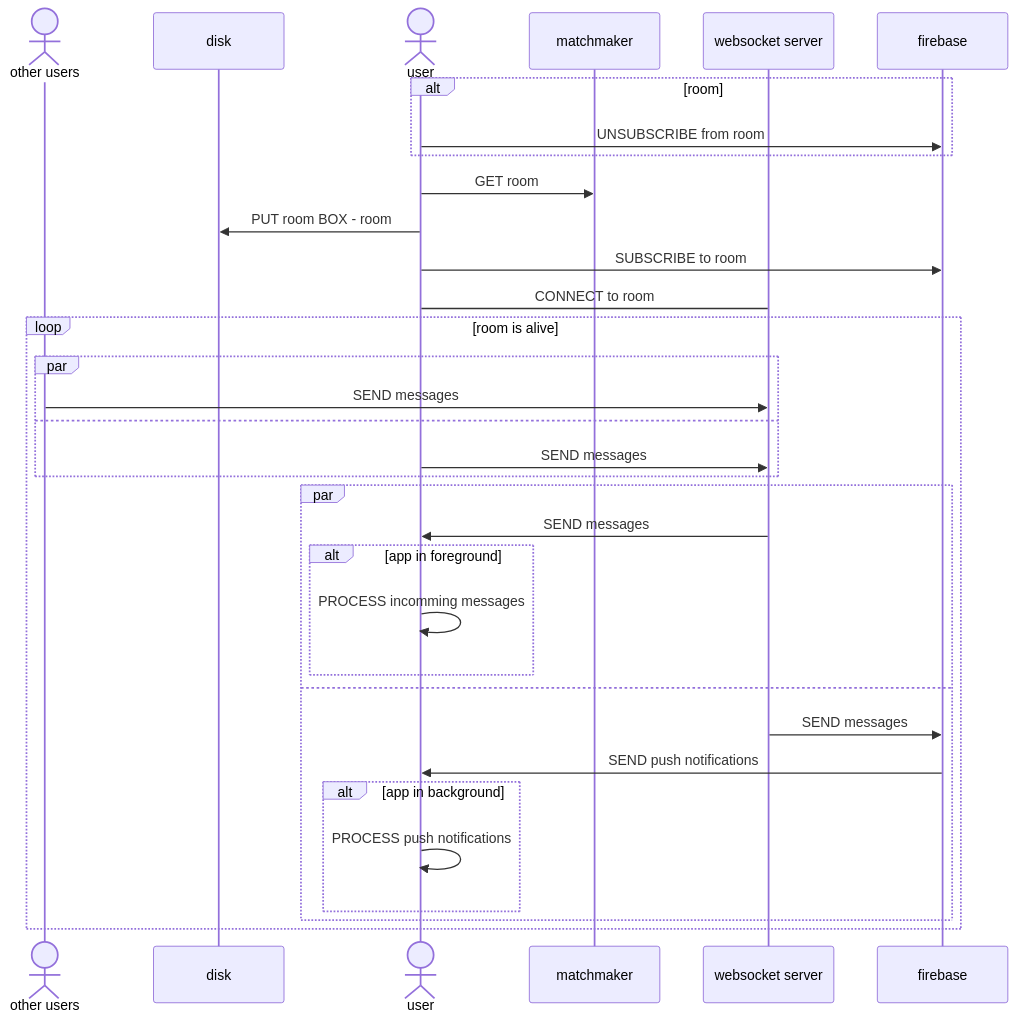
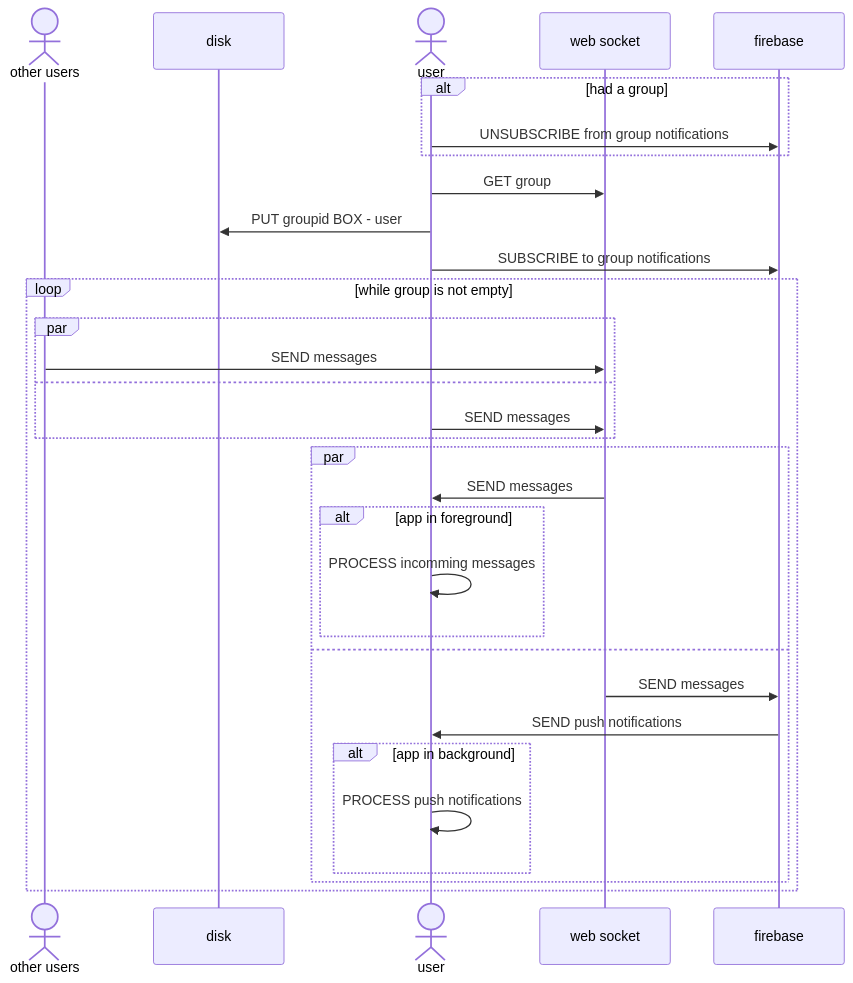
The second of 4 diagrams in README.md (AdrKacz/super-duper-guacamole), drawn with Mermaid before and after one commit. The commit also changed other lines of this file, not shown here.

````diff
--- a/README.md
+++ b/README.md
@@ -59,35 +56,33 @@
 ```mermaid
 sequenceDiagram
     actor oth as other users
     participant d as disk
     actor u as user
-    participant m as matchmaker
-    participant s as websocket server
+    participant w as web socket
     participant f as firebase
-    alt room
-        u ->> f: UNSUBSCRIBE from room
+    alt had a group
+        u ->> f: UNSUBSCRIBE from group notifications
     end
-    u ->> m: GET room
-    u ->> d: PUT room BOX - room
-    u ->> f: SUBSCRIBE to room
-    u -> s: CONNECT to room
-    loop room is alive
+    u ->> w: GET group
+    u ->> d: PUT groupid BOX - user
+    u ->> f: SUBSCRIBE to group notifications
+    loop while group is not empty
         par
-            oth ->> s: SEND messages
+            oth ->> w: SEND messages
         and
-            u ->> s: SEND messages
+            u ->> w: SEND messages
         end
         par 
-            s ->> u: SEND messages
+            w ->> u: SEND messages
             alt app in foreground
                 u ->> u: PROCESS incomming messages
             end
         and
-            s ->> f: SEND messages
+            w ->> f: SEND messages
             f ->> u: SEND push notifications
             alt app in background
                 u ->> u: PROCESS push notifications
             end
         end
     end
 ```
````
